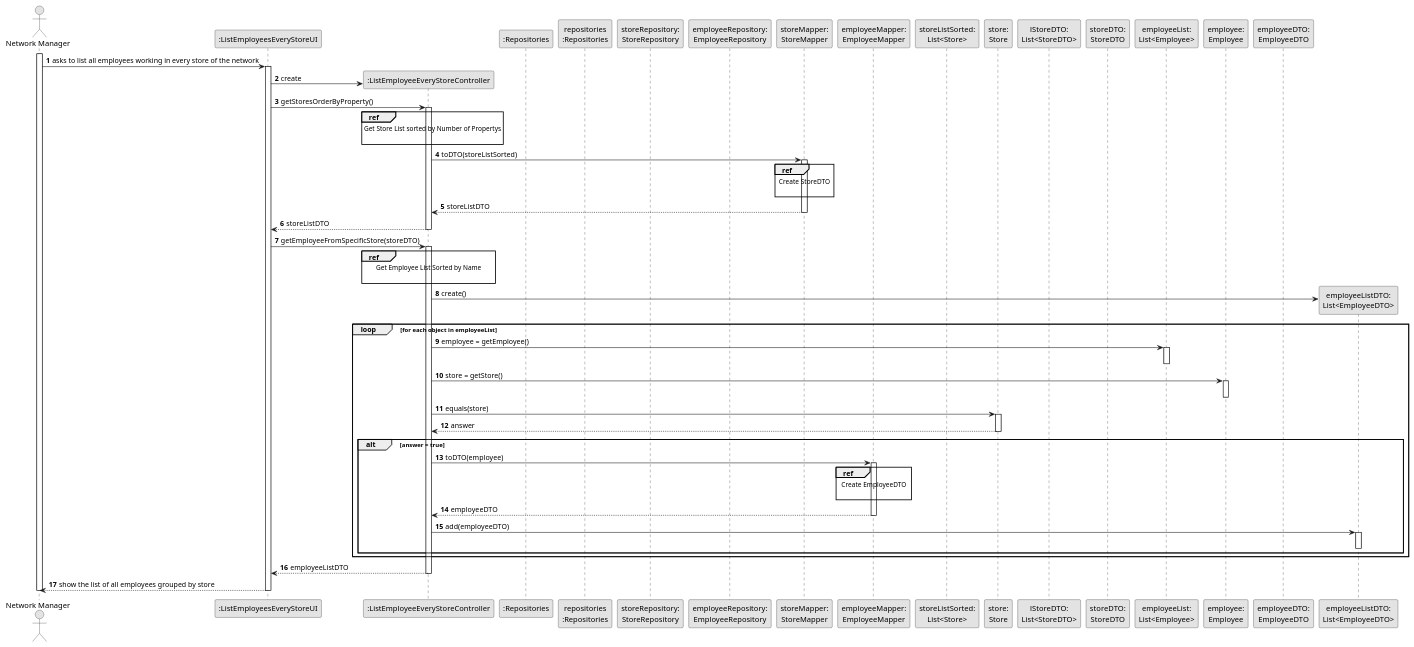
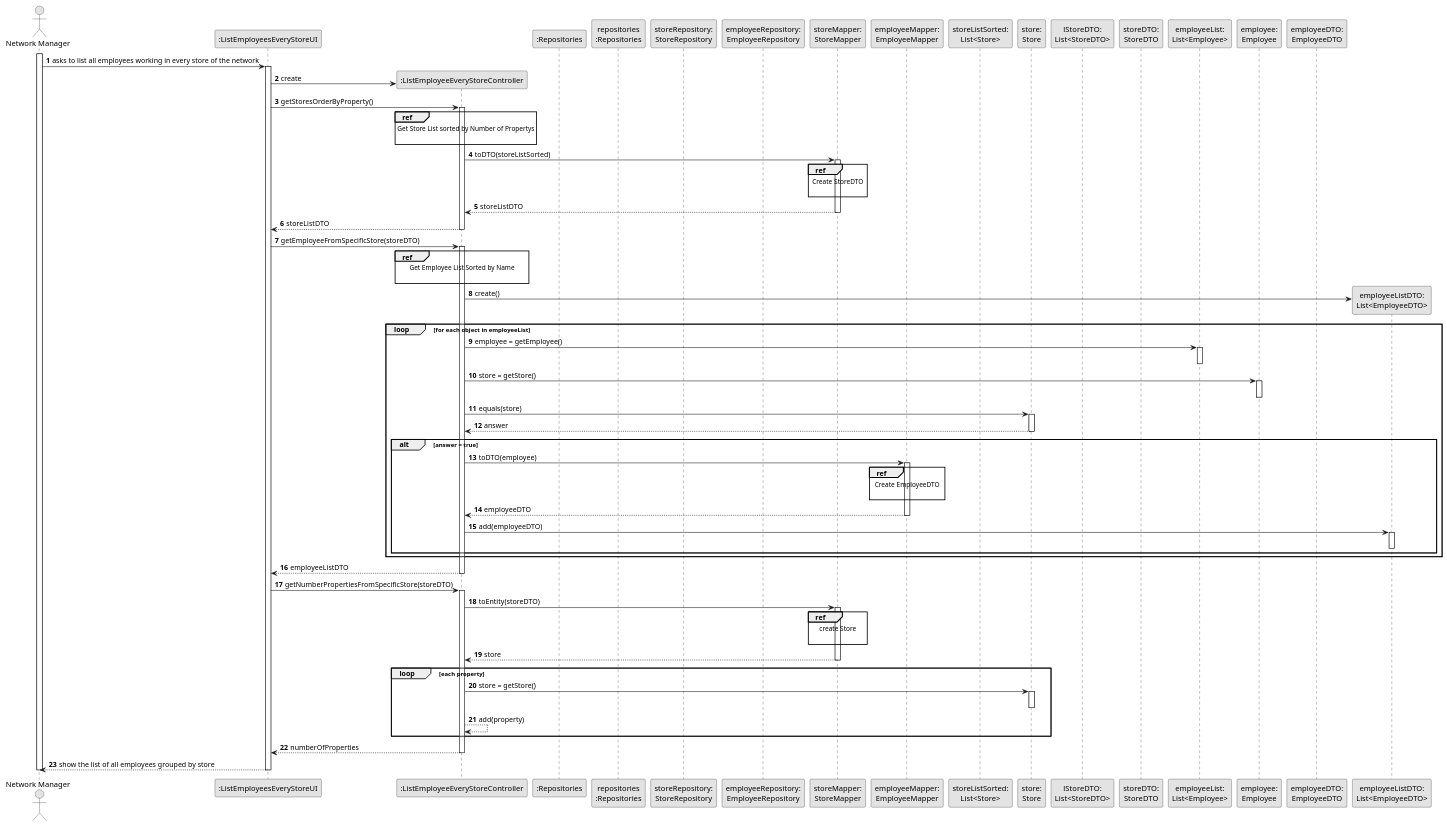
The diagram in docs/sprintD/us013/03.design/puml/us013-sequence-diagram-split.puml (Shushizinho/RealEstateUSASystem), drawn with PlantUML before and after one commit. The commit also changed 5 other files, not shown here.

```diff
--- a/docs/sprintD/us013/03.design/puml/us013-sequence-diagram-split.puml
+++ b/docs/sprintD/us013/03.design/puml/us013-sequence-diagram-split.puml
@@ -1,126 +1,156 @@
 @startuml
 skinparam monochrome true
 skinparam packageStyle rectangle
 skinparam shadowing false
 
 autonumber
 
 'hide footbox
 actor "Network Manager" as NM
 participant ":ListEmployeesEveryStoreUI" as UI
 participant ":ListEmployeeEveryStoreController" as CTRL
 participant ":Repositories" as RepositorySingleton
 participant "repositories\n:Repositories" as PLAT
 participant "storeRepository:\nStoreRepository" as STRR
 participant "employeeRepository:\nEmployeeRepository" as EMPR
 participant "storeMapper:\nStoreMapper" as STRMAP
 participant "employeeMapper:\nEmployeeMapper" as EMPLMAP
 participant "storeListSorted:\nList<Store>" as LSTR
 participant "store:\nStore" as STOR
 participant "lStoreDTO:\nList<StoreDTO>" as LSTRDTO
 participant "storeDTO:\nStoreDTO" as STORDTO
 participant "employeeList:\nList<Employee>" as LEMP
 participant "employee:\nEmployee" as EMPL
 participant "employeeDTO:\nEmployeeDTO" as EMPLDTO
 participant "employeeListDTO:\nList<EmployeeDTO>" as LEMPDTO
 
 
 
 
 
 activate NM
    NM -> UI :  asks to list all employees working in every store of the network
 
     activate UI
 
     UI-> CTRL** : create
 
 
 '        deactivate UI
 
 '        NM -> UI : select one or more roles for the employee
 
 '        activate UI
 
          UI -> CTRL : getStoresOrderByProperty()
                     activate CTRL
 
                             ref over CTRL
                             Get Store List sorted by Number of Propertys
 
                             end ref
 
                                 CTRL -> STRMAP: toDTO(storeListSorted)
                                 activate STRMAP
 
                                 ref over STRMAP
                                 Create StoreDTO
 
                                 end ref
 
                             STRMAP-->CTRL : storeListDTO
                             deactivate STRMAP
 
                         CTRL-->UI : storeListDTO
                     deactivate CTRL
 
 
 
                     UI -> CTRL : getEmployeeFromSpecificStore(storeDTO)
                         activate CTRL
                                         ref over CTRL
                                         Get Employee List Sorted by Name
 
                                         end ref
                                         CTRL->LEMPDTO**: create()
 
                                         loop for each object in employeeList
 
                                         CTRL -> LEMP: employee = getEmployee()
                                         activate LEMP
                                         deactivate LEMP
 
                                         CTRL -> EMPL : store = getStore()
                                         activate EMPL
                                         deactivate EMPL
 
                                         CTRL -> STOR : equals(store)
                                         activate STOR
 
 
                                             STOR --> CTRL : answer
                                         deactivate STOR
 
                                         alt answer = true
 
                                         CTRL -> EMPLMAP: toDTO(employee)
                                         activate EMPLMAP
 
                                         ref over EMPLMAP
                                         Create EmployeeDTO
 
                                         end ref
                                         EMPLMAP--> CTRL: employeeDTO
                                         deactivate EMPLMAP
 
 
                                         CTRL->LEMPDTO: add(employeeDTO)
                                         activate LEMPDTO
                                         deactivate LEMPDTO
                                         end alt
 
                                         end loop
 '                                        EMPLMAP--> CTRL: employeeListDTO
                                         deactivate EMPLMAP
 
 
                             CTRL-->UI :  employeeListDTO
                         deactivate CTRL
 
+                        UI-> CTRL : getNumberPropertiesFromSpecificStore(storeDTO)
+                        activate CTRL
+
+                        CTRL -> STRMAP : toEntity(storeDTO)
+                        activate STRMAP
+                        ref over STRMAP
+                        create Store
+
+                        end ref
+
+                        STRMAP --> CTRL : store
+                        deactivate STRMAP
+
+                        loop each property
+
+                        CTRL -> STOR : store = getStore()
+                        activate STOR
+
+                        deactivate STOR
+
+                        CTRL --> CTRL : add(property)
+
+
+
+                        end loop
+
+
+                        CTRL --> UI : numberOfProperties
+                         deactivate CTRL
+
 
         UI --> NM : show the list of all employees grouped by store
         deactivate UI
 
 deactivate NM
 
 @enduml
```
